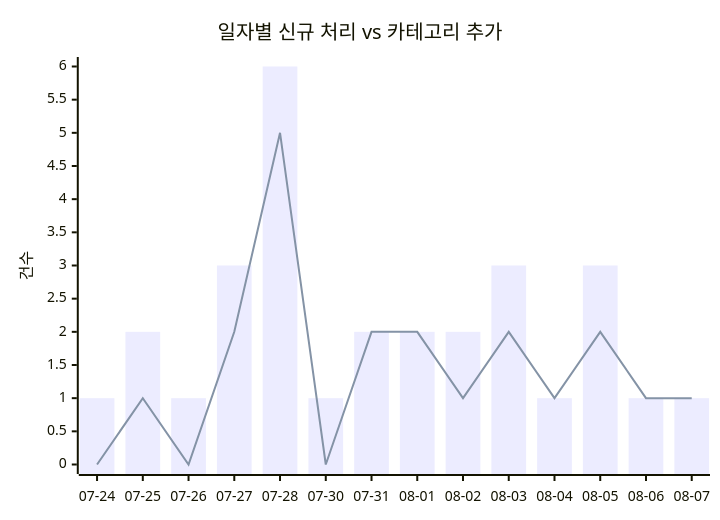
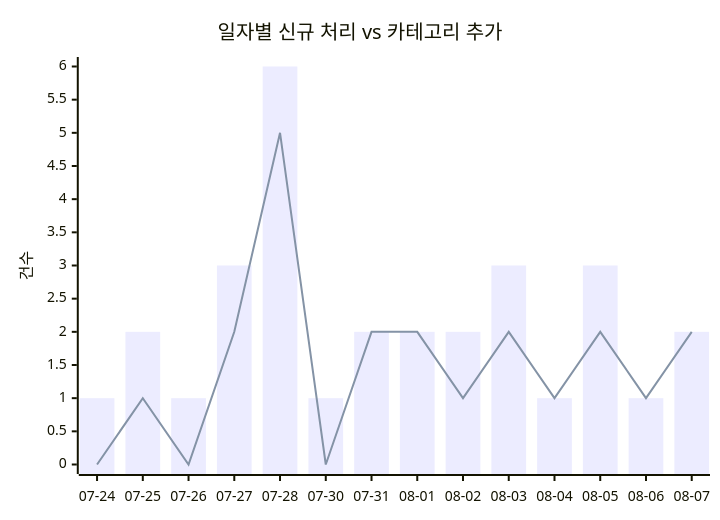
Before and after one commit to J-nowcow/awesome-korean-agent-skills: the first of 2 diagrams in docs/trends.md, drawn with Mermaid. The commit also changed other lines of this file and 4 other files, not shown here.

````diff
--- a/docs/trends.md
+++ b/docs/trends.md
@@ -32,8 +32,8 @@
 ```mermaid
 xychart-beta
     title "일자별 신규 처리 vs 카테고리 추가"
     x-axis ["07-24","07-25","07-26","07-27","07-28","07-30","07-31","08-01","08-02","08-03","08-04","08-05","08-06","08-07"]
     y-axis "건수"
-    bar [1,2,1,3,6,1,2,2,2,3,1,3,1,1]
-    line [0,1,0,2,5,0,2,2,1,2,1,2,1,1]
+    bar [1,2,1,3,6,1,2,2,2,3,1,3,1,2]
+    line [0,1,0,2,5,0,2,2,1,2,1,2,1,2]
 ```
````
